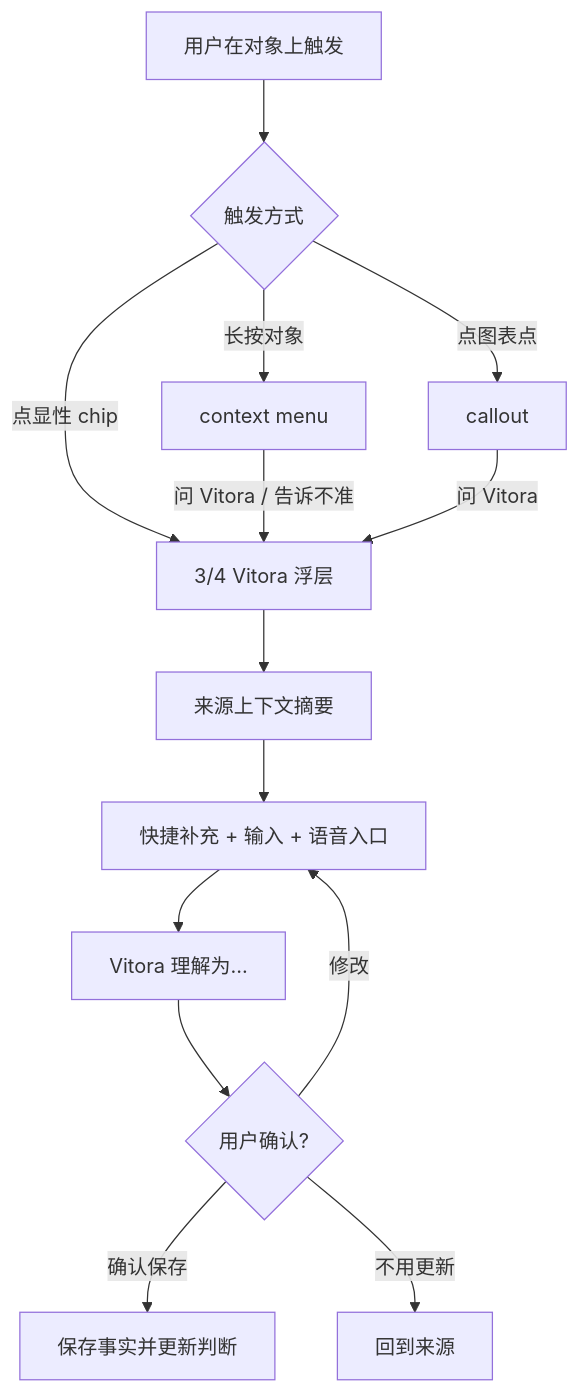
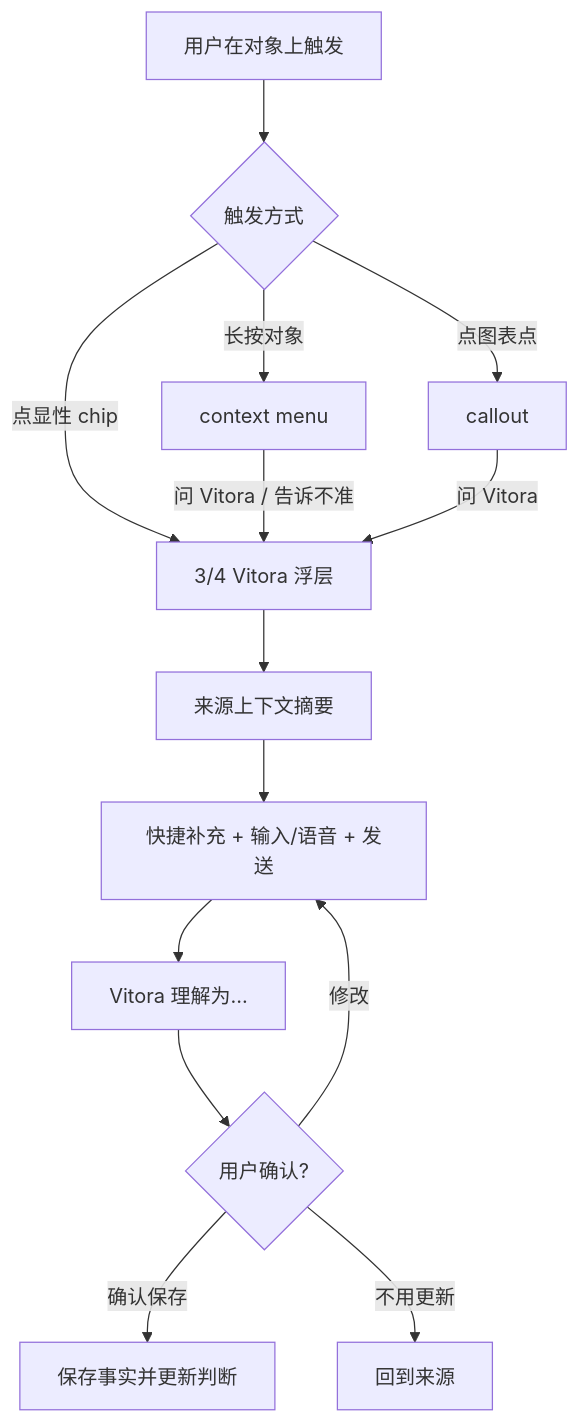
Before and after one commit to jq-lab/vitamin-app: the third of 3 diagrams in specs/004-vitora-swift-rebuild/userflows.md, drawn with Mermaid. The commit also changed other lines of this file and 124 other files, not shown here.

````diff
--- a/specs/004-vitora-swift-rebuild/userflows.md
+++ b/specs/004-vitora-swift-rebuild/userflows.md
@@ -188,16 +187,16 @@
 ```mermaid
 flowchart TD
     A["用户在对象上触发"] --> B{"触发方式"}
     B -->|点显性 chip| C["3/4 Vitora 浮层"]
     B -->|长按对象| D["context menu"]
     B -->|点图表点| E["callout"]
     D -->|问 Vitora / 告诉不准| C
     E -->|问 Vitora| C
     C --> F["来源上下文摘要"]
-    F --> G["快捷补充 + 输入 + 语音入口"]
+    F --> G["快捷补充 + 输入/语音 + 发送"]
     G --> H["Vitora 理解为..."]
     H --> I{"用户确认?"}
     I -->|确认保存| J["保存事实并更新判断"]
     I -->|修改| G
     I -->|不用更新| K["回到来源"]
 ```
````
